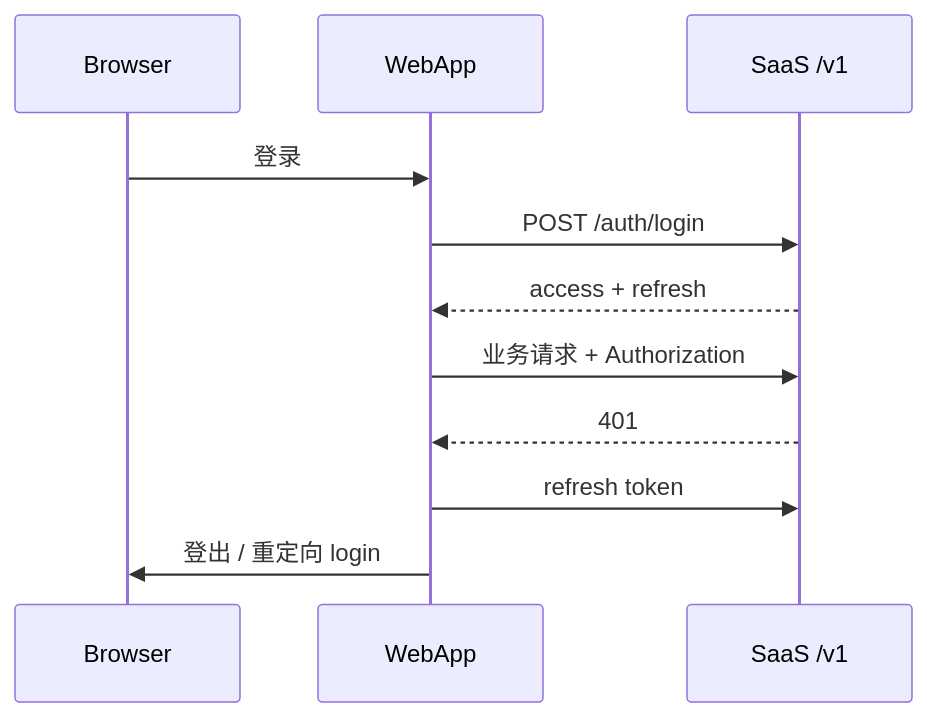
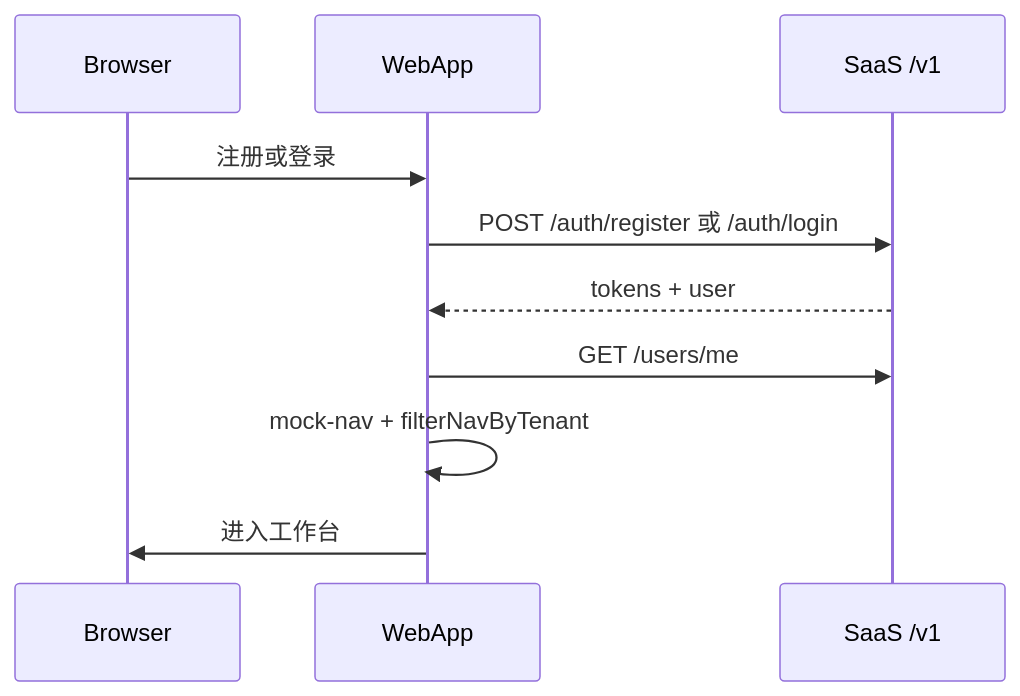
Before and after one commit to dujiaoai/map-design: the diagram in docs/architecture/auth-rbac.md, drawn with Mermaid. The commit also changed other lines of this file and 15 other files, not shown here.

````diff
--- a/docs/architecture/auth-rbac.md
+++ b/docs/architecture/auth-rbac.md
@@ -69,13 +68,12 @@
 ```mermaid
 sequenceDiagram
   participant Browser
   participant WebApp
   participant API as SaaS /v1
-  Browser->>WebApp: 登录
-  WebApp->>API: POST /auth/login
-  API-->>WebApp: access + refresh
-  WebApp->>API: 业务请求 + Authorization
-  API-->>WebApp: 401
-  WebApp->>API: refresh token
-  WebApp->>Browser: 登出 / 重定向 login
+  Browser->>WebApp: 注册或登录
+  WebApp->>API: POST /auth/register 或 /auth/login
+  API-->>WebApp: tokens + user
+  WebApp->>API: GET /users/me
+  WebApp->>WebApp: mock-nav + filterNavByTenant
+  WebApp->>Browser: 进入工作台
 ```
````
